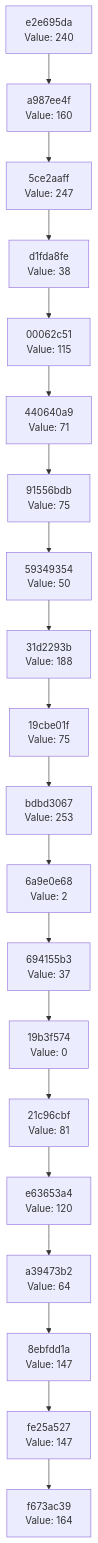
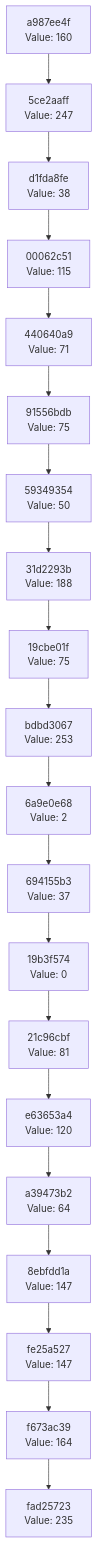
One commit to Abhisheksinha1506/hash-chain-evolver changed the diagram in docs/CHAIN_VISUALIZATION.md. Above: the diagram before and after it, drawn with Mermaid. The commit also changed 2 other files, not shown here.

Commit message:
Evolution Step

````diff
--- a/docs/CHAIN_VISUALIZATION.md
+++ b/docs/CHAIN_VISUALIZATION.md
@@ -3,42 +3,42 @@
 ```mermaid
 graph TD
-    C0["f673ac39<br/>Value: 164"]
-    C1["fe25a527<br/>Value: 147"]
+    C0["fad25723<br/>Value: 235"]
+    C1["f673ac39<br/>Value: 164"]
     C1 --> C0
-    C2["8ebfdd1a<br/>Value: 147"]
+    C2["fe25a527<br/>Value: 147"]
     C2 --> C1
-    C3["a39473b2<br/>Value: 64"]
+    C3["8ebfdd1a<br/>Value: 147"]
     C3 --> C2
-    C4["e63653a4<br/>Value: 120"]
+    C4["a39473b2<br/>Value: 64"]
     C4 --> C3
-    C5["21c96cbf<br/>Value: 81"]
+    C5["e63653a4<br/>Value: 120"]
     C5 --> C4
-    C6["19b3f574<br/>Value: 0"]
+    C6["21c96cbf<br/>Value: 81"]
     C6 --> C5
-    C7["694155b3<br/>Value: 37"]
+    C7["19b3f574<br/>Value: 0"]
     C7 --> C6
-    C8["6a9e0e68<br/>Value: 2"]
+    C8["694155b3<br/>Value: 37"]
     C8 --> C7
-    C9["bdbd3067<br/>Value: 253"]
+    C9["6a9e0e68<br/>Value: 2"]
     C9 --> C8
-    C10["19cbe01f<br/>Value: 75"]
+    C10["bdbd3067<br/>Value: 253"]
     C10 --> C9
-    C11["31d2293b<br/>Value: 188"]
+    C11["19cbe01f<br/>Value: 75"]
     C11 --> C10
-    C12["59349354<br/>Value: 50"]
+    C12["31d2293b<br/>Value: 188"]
     C12 --> C11
-    C13["91556bdb<br/>Value: 75"]
+    C13["59349354<br/>Value: 50"]
     C13 --> C12
-    C14["440640a9<br/>Value: 71"]
+    C14["91556bdb<br/>Value: 75"]
     C14 --> C13
-    C15["00062c51<br/>Value: 115"]
+    C15["440640a9<br/>Value: 71"]
     C15 --> C14
-    C16["d1fda8fe<br/>Value: 38"]
+    C16["00062c51<br/>Value: 115"]
     C16 --> C15
-    C17["5ce2aaff<br/>Value: 247"]
+    C17["d1fda8fe<br/>Value: 38"]
     C17 --> C16
-    C18["a987ee4f<br/>Value: 160"]
+    C18["5ce2aaff<br/>Value: 247"]
     C18 --> C17
-    C19["e2e695da<br/>Value: 240"]
+    C19["a987ee4f<br/>Value: 160"]
     C19 --> C18
 ```
````
